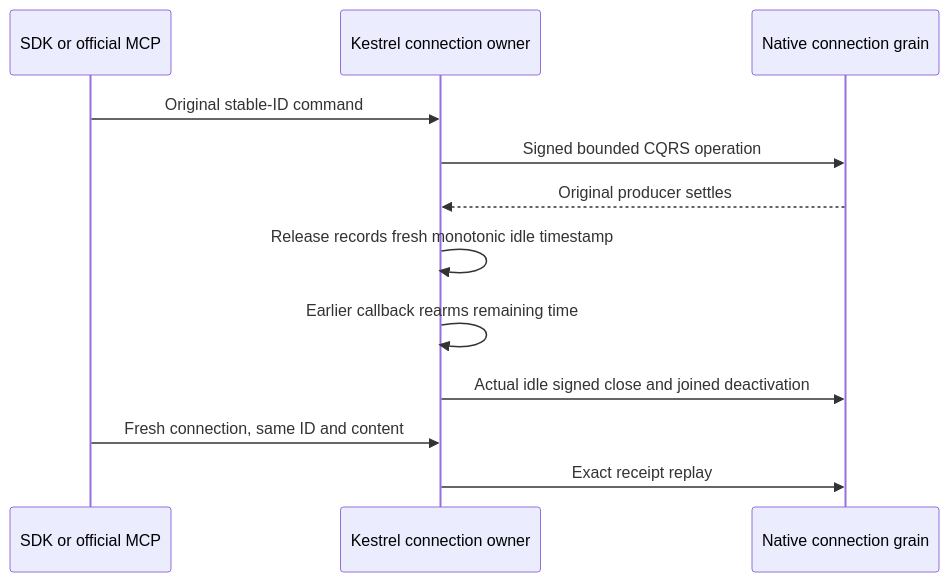
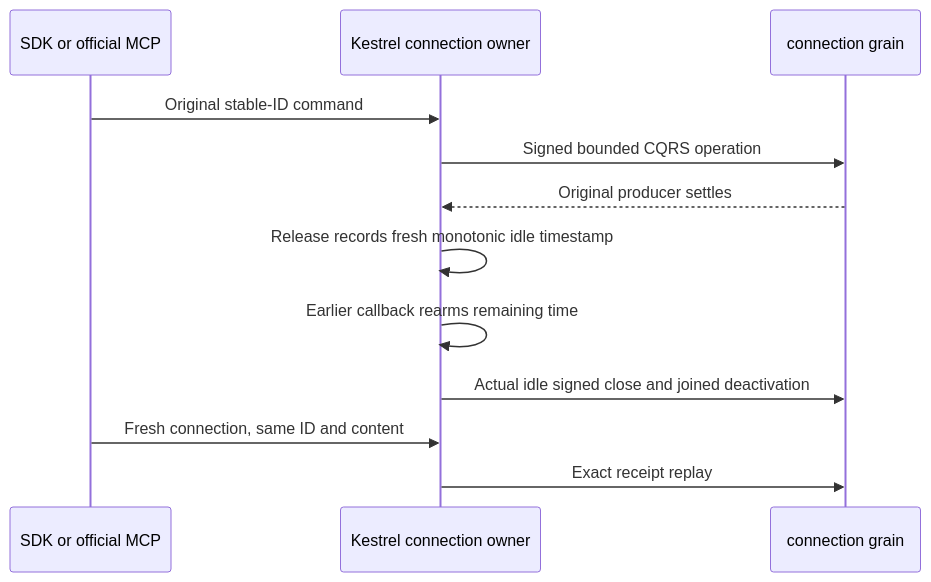
One commit to managedcode/KeyLoad changed the diagram in docs/Features/ClientApi/ConnectionIdleCallbackOwnership.md. Above: the diagram before and after it, drawn with Mermaid. The commit also changed other lines of this file and 9016 other files, not shown here.

````diff
--- a/docs/Features/ClientApi/ConnectionIdleCallbackOwnership.md
+++ b/docs/Features/ClientApi/ConnectionIdleCallbackOwnership.md
@@ -9,14 +9,14 @@
 ```mermaid
 sequenceDiagram
     participant Client as SDK or official MCP
     participant Owner as Kestrel connection owner
-    participant Grain as Native connection grain
+    participant Grain as connection grain
     Client->>Owner: Original stable-ID command
     Owner->>Grain: Signed bounded CQRS operation
     Grain-->>Owner: Original producer settles
     Owner->>Owner: Release records fresh monotonic idle timestamp
     Owner->>Owner: Earlier callback rearms remaining time
     Owner->>Grain: Actual idle signed close and joined deactivation
     Client->>Owner: Fresh connection, same ID and content
     Owner->>Grain: Exact receipt replay
 ```
````
